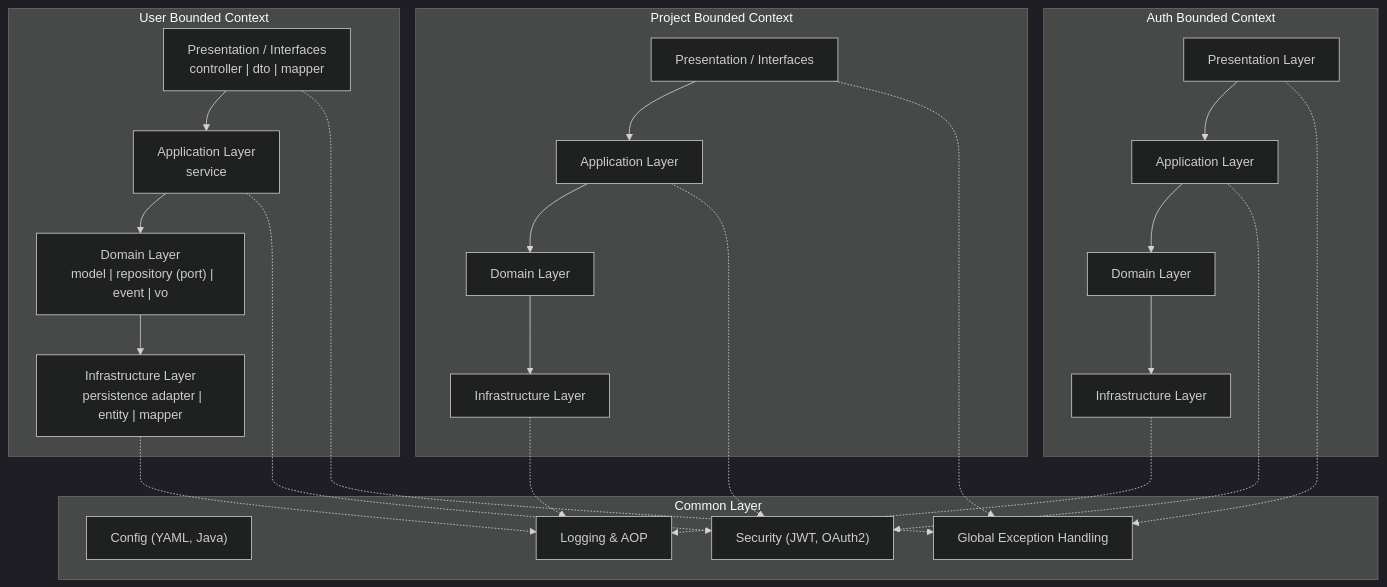
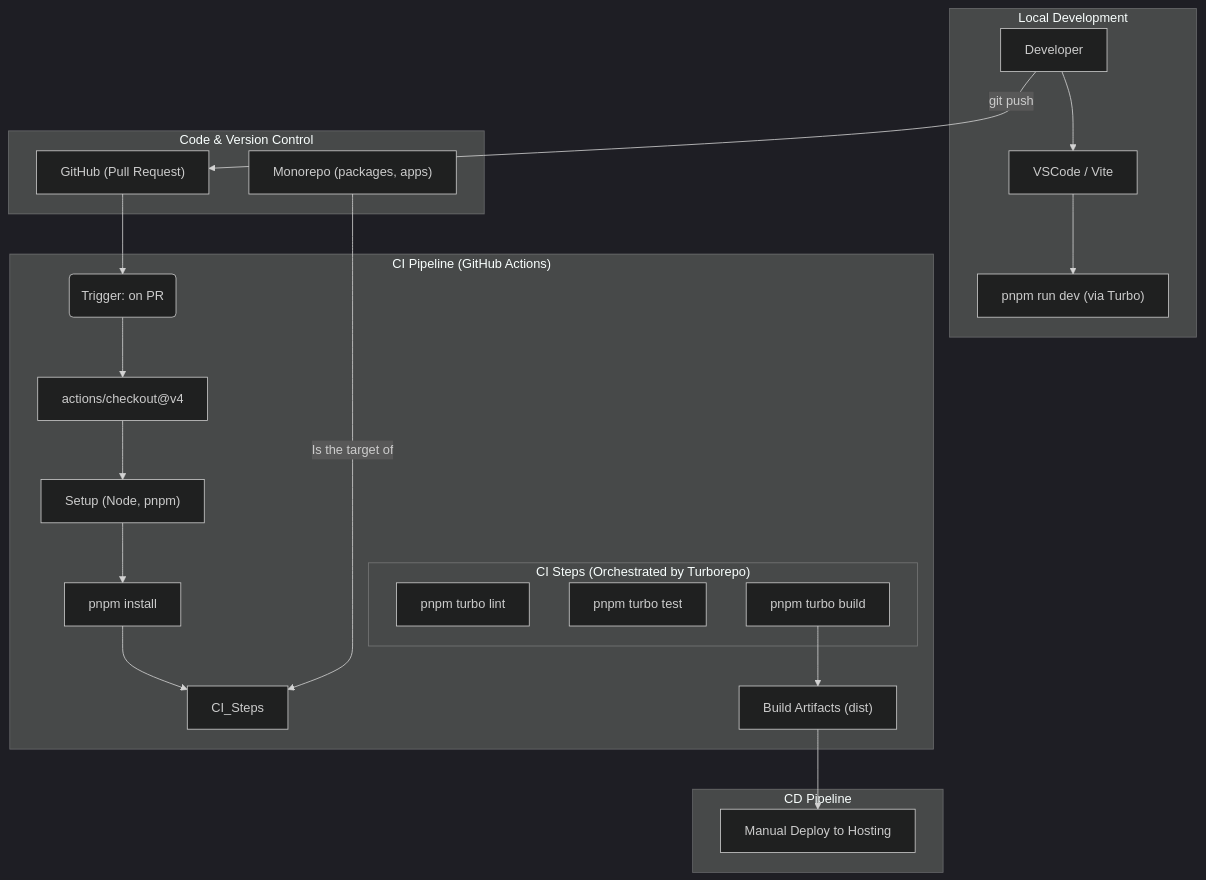
Before and after one commit to ramyo564/Personal_Project: the eighth of 8 diagrams in README.md, drawn with Mermaid (dark theme). The commit also changed other lines of this file, not shown here.

````diff
--- a/README.md
+++ b/README.md
@@ -319,58 +377,35 @@
 ```mermaid
-  graph TD
-  %% Common Layer
-  subgraph "Common Layer"
-    COMMON_Config["Config (YAML, Java)"]
-    COMMON_Security["Security (JWT, OAuth2)"]
-    COMMON_Exception["Global Exception Handling"]
-    COMMON_Log["Logging & AOP"]
-  end
+graph TD
+    subgraph "Local Development"
+        Developer["Developer"] --> VSCode["VSCode / Vite"]
+        VSCode --> LocalRun["pnpm run dev (via Turbo)"]
+    end
 
-  %% ============  User Context  ============
-  subgraph "User Bounded Context"
-    UI_User["Presentation / Interfaces
-    controller | dto | mapper"]
-    APP_User["Application Layer
-    service"]
-    DOMAIN_User["Domain Layer
-    model | repository (port) | event | vo"]
-    INFRA_User["Infrastructure Layer
-    persistence adapter | entity | mapper"]
-    UI_User --> APP_User
-    APP_User --> DOMAIN_User
-    DOMAIN_User --> INFRA_User
-  end
+    subgraph "Code & Version Control"
+        Repo["Monorepo (packages, apps)"]
+        Developer --> |git push| GitHub["GitHub (Pull Request)"]
+    end
 
-  %% ============  Project Context  ============
-  subgraph "Project Bounded Context"
-    UI_Project["Presentation / Interfaces"]
-    APP_Project["Application Layer"]
-    DOMAIN_Project["Domain Layer"]
-    INFRA_Project["Infrastructure Layer"]
-    UI_Project --> APP_Project
-    APP_Project --> DOMAIN_Project
-    DOMAIN_Project --> INFRA_Project
-  end
+    subgraph "CI Pipeline (GitHub Actions)"
+        trigger(Trigger: on PR) --> Checkout
+        
+        Checkout["actions/checkout@v4"] --> Setup["Setup (Node, pnpm)"]
+        Setup --> Install["pnpm install"]
+        
+        Install --> CI_Steps
+        subgraph "CI Steps (Orchestrated by Turborepo)"
+            CI_Lint["pnpm turbo lint"]
+            CI_Test["pnpm turbo test"]
+            CI_Build["pnpm turbo build"]
+        end
+        
+        CI_Build --> Artifacts["Build Artifacts (dist)"]
+    end
 
-  %% ============  Auth Context  ============
-  subgraph "Auth Bounded Context"
-    UI_Auth["Presentation Layer"]
-    APP_Auth["Application Layer"]
-    DOMAIN_Auth["Domain Layer"]
-    INFRA_Auth["Infrastructure Layer"]
-    UI_Auth --> APP_Auth
-    APP_Auth --> DOMAIN_Auth
-    DOMAIN_Auth --> INFRA_Auth
-  end
-
-  %% Cross-cutting dependencies (dashed)
-  APP_User -.-> COMMON_Security
-  APP_Project -.-> COMMON_Security
-  APP_Auth -.-> COMMON_Security
-  UI_User -.-> COMMON_Exception
-  UI_Project -.-> COMMON_Exception
-  UI_Auth -.-> COMMON_Exception
-  INFRA_User -.-> COMMON_Log
-  INFRA_Project -.-> COMMON_Log
-  INFRA_Auth -.-> COMMON_Log                      
+    subgraph "CD Pipeline"
+        Artifacts --> Deploy["Manual Deploy to Hosting"]
+    end
+    
+    GitHub --> trigger
+    Repo -- "Is the target of" --> CI_Steps
 ```
````
